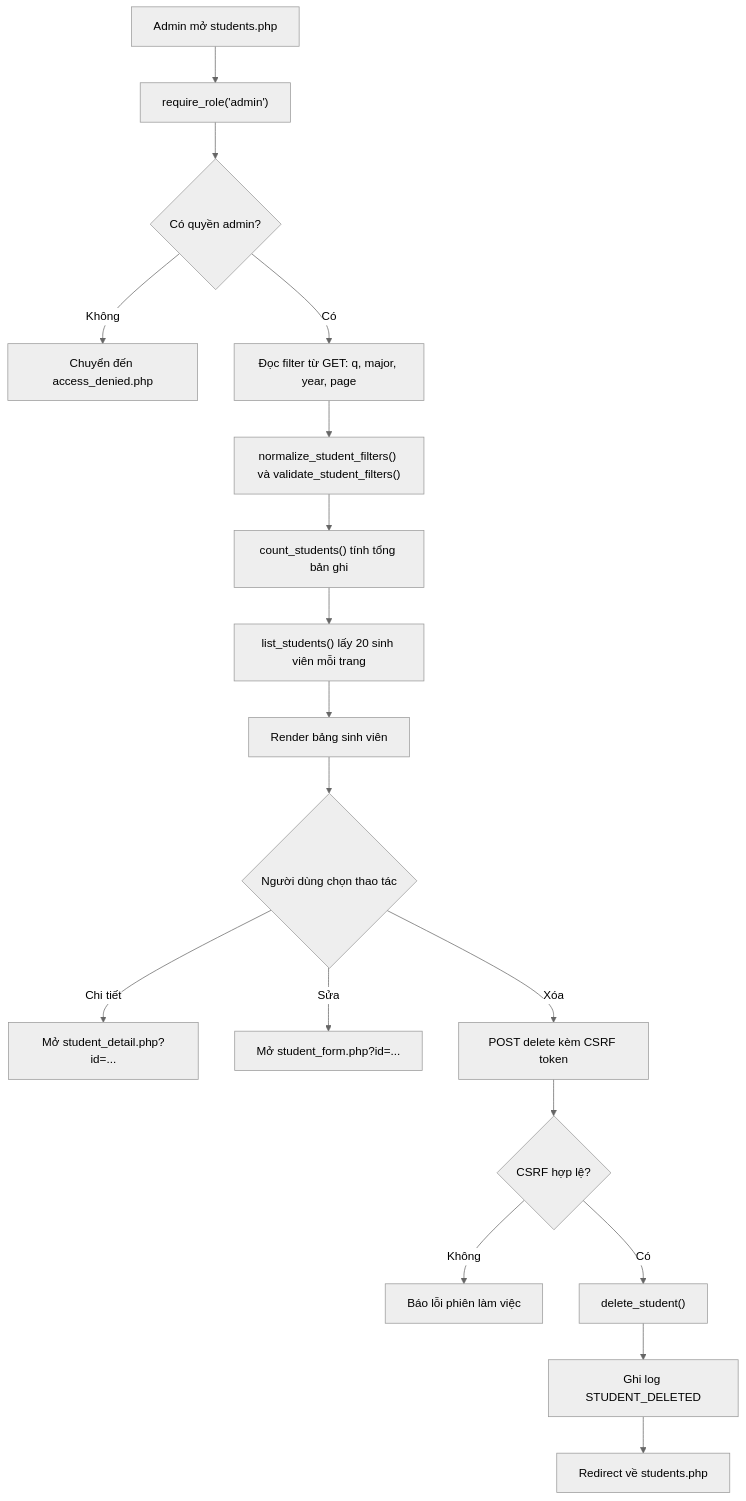
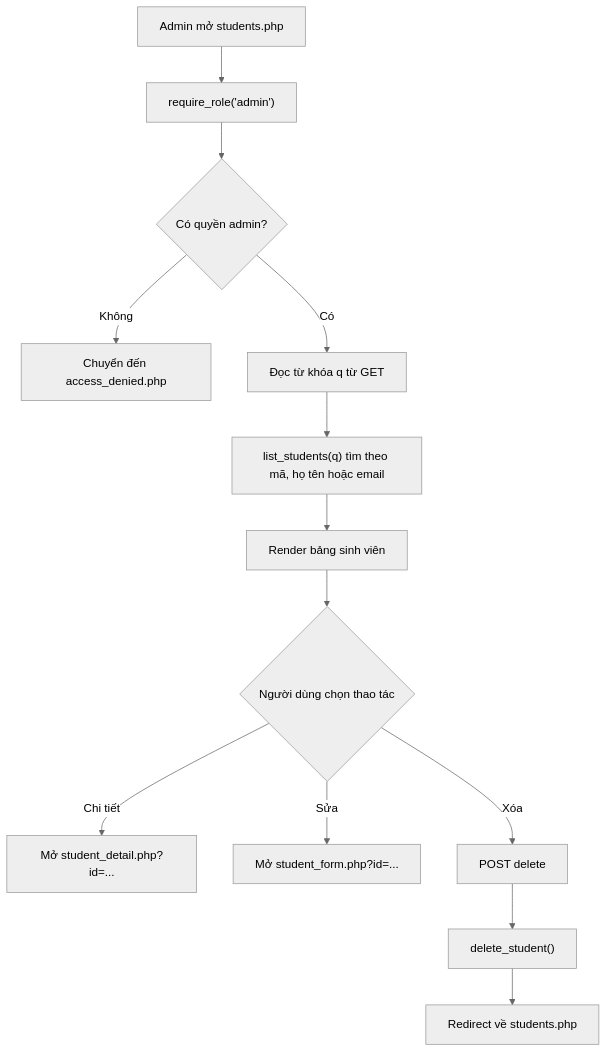
The second of 5 diagrams in docs/WORKFLOW.md (quynx19/web-demo-student), drawn with Mermaid (neutral theme) before and after one commit. The commit also changed other lines of this file and 12 other files, not shown here.

````diff
--- a/docs/WORKFLOW.md
+++ b/docs/WORKFLOW.md
@@ -48,20 +45,15 @@
 ```mermaid
 flowchart TD
     A["Admin mở students.php"] --> B["require_role('admin')"]
     B --> C{"Có quyền admin?"}
     C -- "Không" --> D["Chuyển đến access_denied.php"]
-    C -- "Có" --> E["Đọc filter từ GET: q, major, year, page"]
-    E --> F["normalize_student_filters() và validate_student_filters()"]
-    F --> G["count_students() tính tổng bản ghi"]
-    G --> H["list_students() lấy 20 sinh viên mỗi trang"]
-    H --> I["Render bảng sinh viên"]
-    I --> J{"Người dùng chọn thao tác"}
-    J -- "Chi tiết" --> K["Mở student_detail.php?id=..."]
-    J -- "Sửa" --> L["Mở student_form.php?id=..."]
-    J -- "Xóa" --> M["POST delete kèm CSRF token"]
-    M --> N{"CSRF hợp lệ?"}
-    N -- "Không" --> O["Báo lỗi phiên làm việc"]
-    N -- "Có" --> P["delete_student()"]
-    P --> Q["Ghi log STUDENT_DELETED"]
-    Q --> R["Redirect về students.php"]
+    C -- "Có" --> E["Đọc từ khóa q từ GET"]
+    E --> F["list_students(q) tìm theo mã, họ tên hoặc email"]
+    F --> G["Render bảng sinh viên"]
+    G --> H{"Người dùng chọn thao tác"}
+    H -- "Chi tiết" --> I["Mở student_detail.php?id=..."]
+    H -- "Sửa" --> J["Mở student_form.php?id=..."]
+    H -- "Xóa" --> K["POST delete"]
+    K --> L["delete_student()"]
+    L --> M["Redirect về students.php"]
 ```
````
